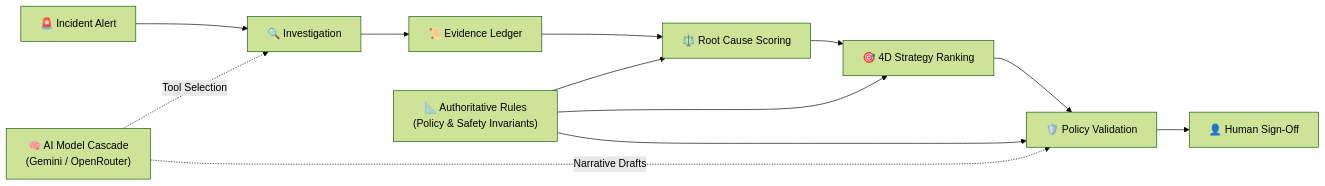
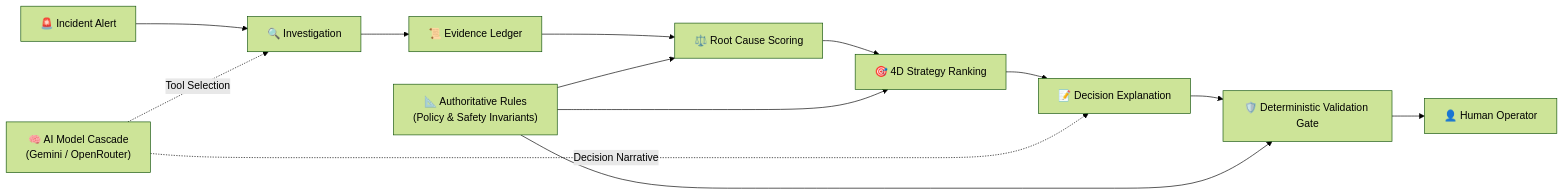
The third of 3 diagrams in README.md (AnasBabari/LEC_AI), drawn with Mermaid (forest theme) before and after one commit. The commit also changed other lines of this file, not shown here.

First line of the commit message:
docs(readme): correct architecture diagrams, provider cascade tiers, and complete 6-scenario catalogue

````diff
--- a/README.md
+++ b/README.md
@@ -180,21 +186,22 @@
 ```mermaid
 flowchart LR
     Incident["🚨 Incident Alert"]
     Investigate["🔍 Investigation"]
     Evidence["📜 Evidence Ledger"]
     Causes["⚖️ Root Cause Scoring"]
     Repairs["🎯 4D Strategy Ranking"]
-    Validate["🛡️ Policy Validation"]
-    Human["👤 Human Sign-Off"]
+    Explain["📝 Decision Explanation"]
+    Validate["🛡️ Deterministic Validation Gate"]
+    Human["👤 Human Operator"]
 
     AI["🧠 AI Model Cascade<br/>(Gemini / OpenRouter)"]
     Rules["📐 Authoritative Rules<br/>(Policy & Safety Invariants)"]
 
-    Incident --> Investigate --> Evidence --> Causes --> Repairs --> Validate --> Human
+    Incident --> Investigate --> Evidence --> Causes --> Repairs --> Explain --> Validate --> Human
 
     AI -.->|Tool Selection| Investigate
-    AI -.->|Narrative Drafts| Validate
+    AI -.->|Decision Narrative| Explain
     Rules --> Causes
     Rules --> Repairs
     Rules --> Validate
 ```
````
